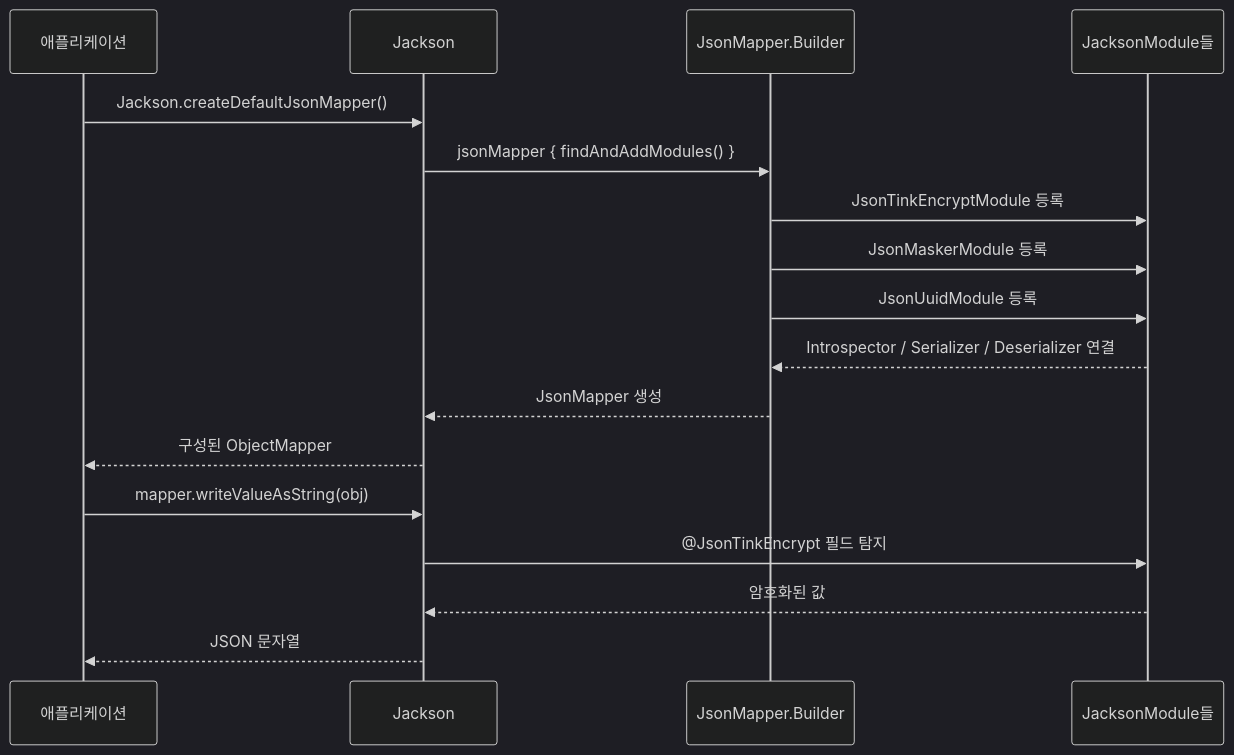
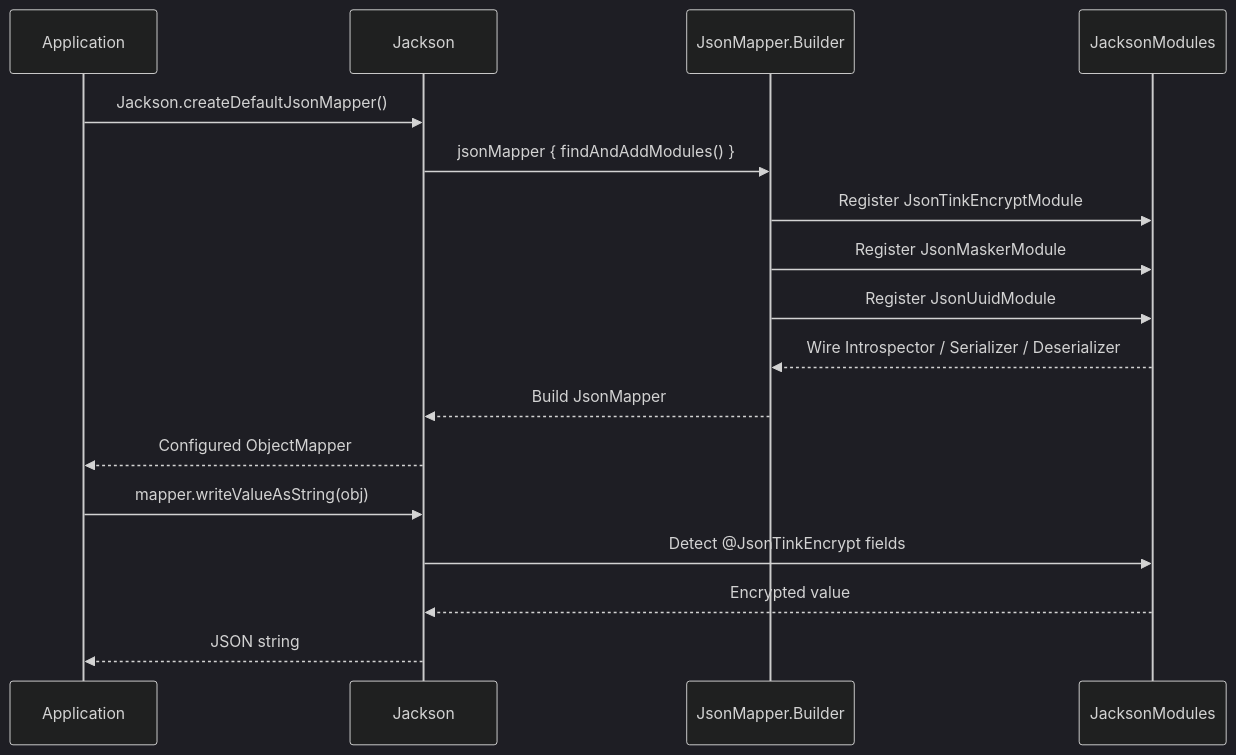
Before and after one commit to bluetape4k/bluetape4k-projects: the third of 3 diagrams in io/jackson3/README.md, drawn with Mermaid (dark theme). The commit also changed other lines of this file and 265 other files, not shown here.

````diff
--- a/io/jackson3/README.md
+++ b/io/jackson3/README.md
@@ -363,21 +365,21 @@
 ```mermaid
 sequenceDiagram
-    participant 앱 as 애플리케이션
+    participant App as Application
     participant J as Jackson
     participant M as JsonMapper.Builder
-    participant MOD as JacksonModule들
+    participant MOD as JacksonModules
 
-    앱->>J: Jackson.createDefaultJsonMapper()
+    App->>J: Jackson.createDefaultJsonMapper()
     J->>M: jsonMapper { findAndAddModules() }
-    M->>MOD: JsonTinkEncryptModule 등록
-    M->>MOD: JsonMaskerModule 등록
-    M->>MOD: JsonUuidModule 등록
-    MOD-->>M: Introspector / Serializer / Deserializer 연결
-    M-->>J: JsonMapper 생성
-    J-->>앱: 구성된 ObjectMapper
+    M->>MOD: Register JsonTinkEncryptModule
+    M->>MOD: Register JsonMaskerModule
+    M->>MOD: Register JsonUuidModule
+    MOD-->>M: Wire Introspector / Serializer / Deserializer
+    M-->>J: Build JsonMapper
+    J-->>App: Configured ObjectMapper
 
-    앱->>J: mapper.writeValueAsString(obj)
-    J->>MOD: @JsonTinkEncrypt 필드 탐지
-    MOD-->>J: 암호화된 값
-    J-->>앱: JSON 문자열
+    App->>J: mapper.writeValueAsString(obj)
+    J->>MOD: Detect @JsonTinkEncrypt fields
+    MOD-->>J: Encrypted value
+    J-->>App: JSON string
 ```
````
